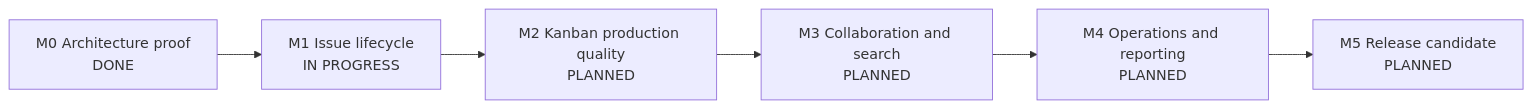
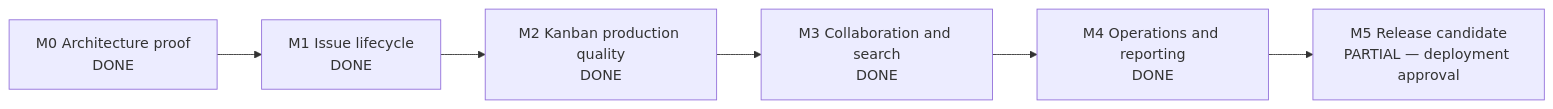
Before and after one commit to TJ-Engineer/ProjectWeave-Studio: the diagram in vibe-jira/DEVELOPMENT_STORYBOARD.md, drawn with Mermaid. The commit also changed other lines of this file and 178 other files, not shown here.

````diff
--- a/vibe-jira/DEVELOPMENT_STORYBOARD.md
+++ b/vibe-jira/DEVELOPMENT_STORYBOARD.md
@@ -50,8 +52,8 @@
 ```mermaid
 flowchart LR
-  M0["M0 Architecture proof<br/>DONE"] --> M1["M1 Issue lifecycle<br/>IN PROGRESS"]
-  M1 --> M2["M2 Kanban production quality<br/>PLANNED"]
-  M2 --> M3["M3 Collaboration and search<br/>PLANNED"]
-  M3 --> M4["M4 Operations and reporting<br/>PLANNED"]
-  M4 --> M5["M5 Release candidate<br/>PLANNED"]
+  M0["M0 Architecture proof<br/>DONE"] --> M1["M1 Issue lifecycle<br/>DONE"]
+  M1 --> M2["M2 Kanban production quality<br/>DONE"]
+  M2 --> M3["M3 Collaboration and search<br/>DONE"]
+  M3 --> M4["M4 Operations and reporting<br/>DONE"]
+  M4 --> M5["M5 Release candidate<br/>PARTIAL — deployment approval"]
 ```
````
